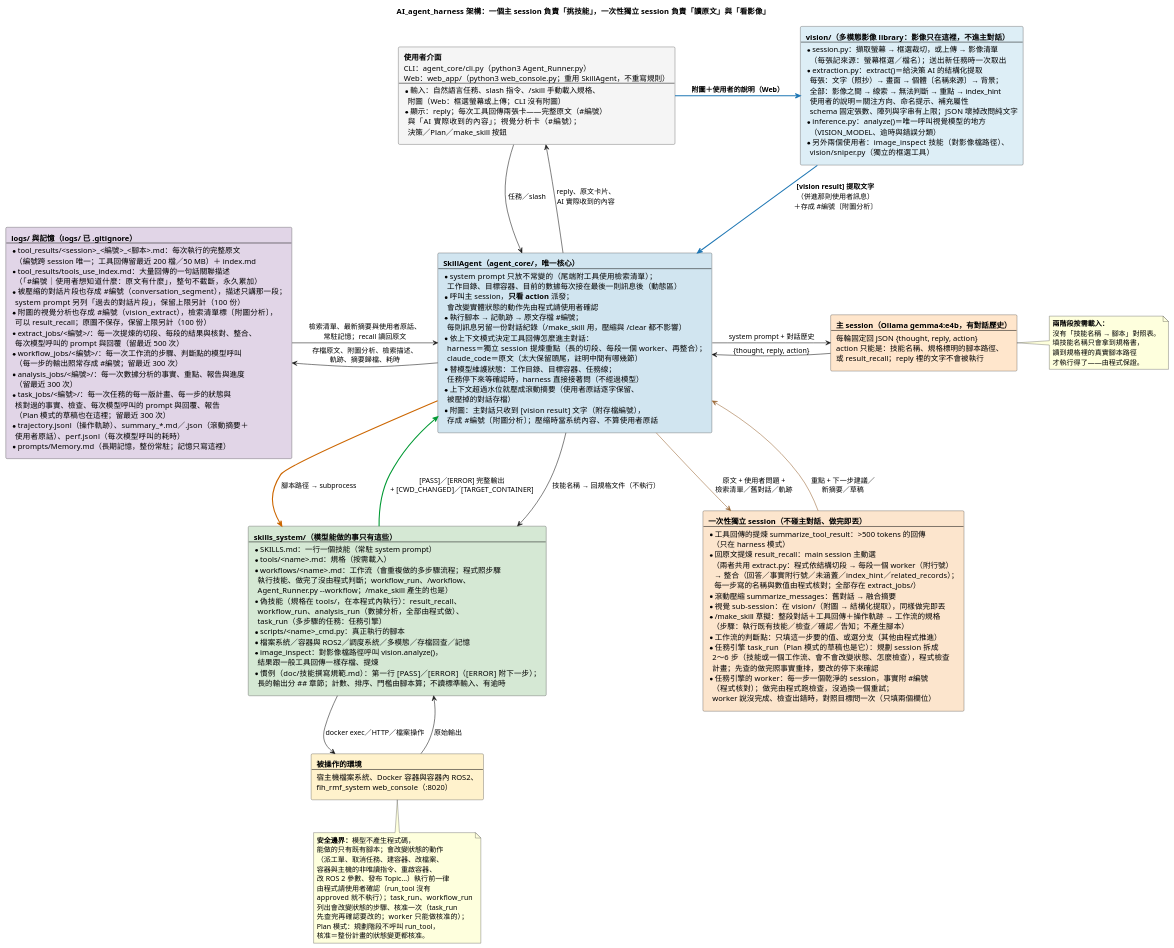
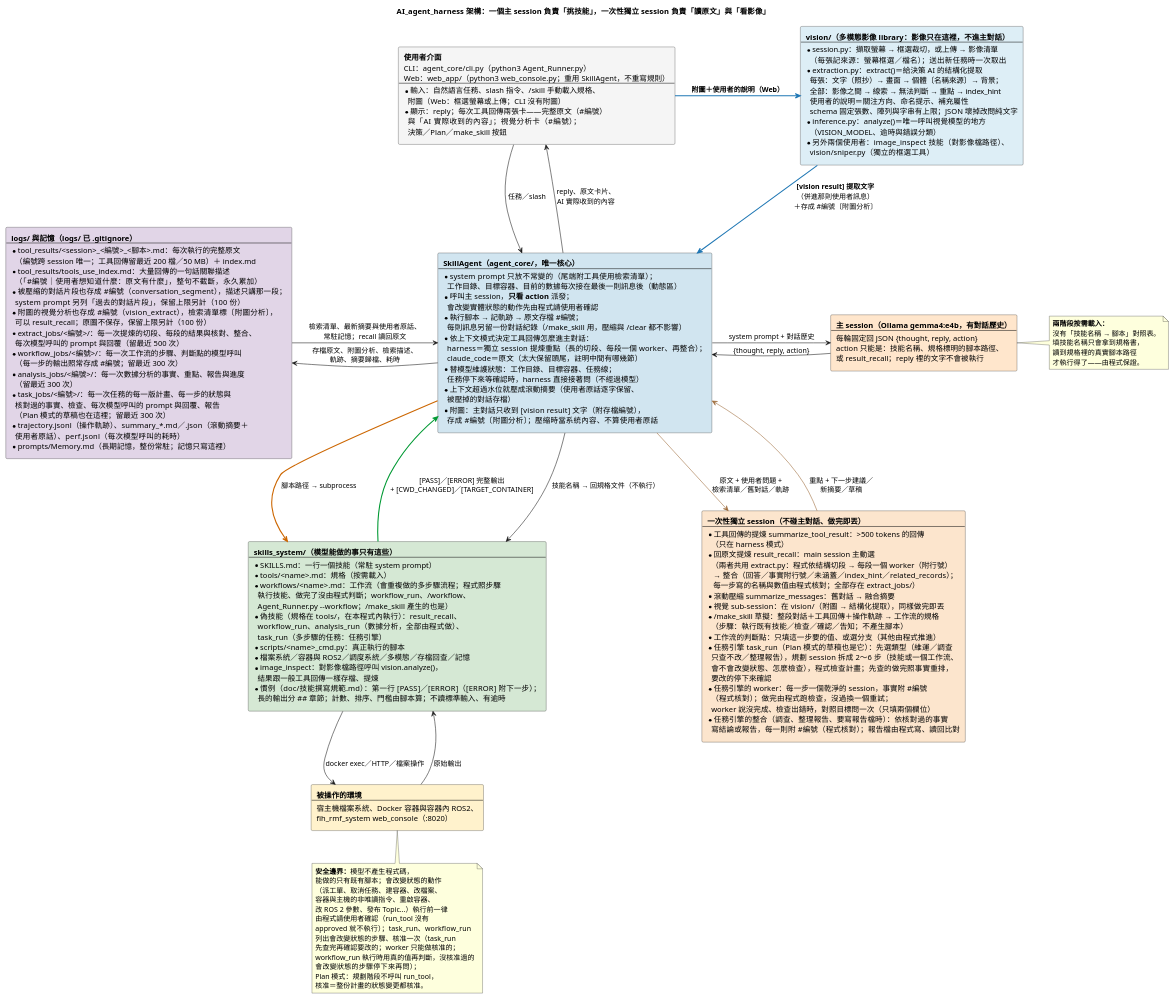
One commit to DavidZox/Coding_agnet changed the diagram in doc/diagrams/AI_agent_harness的說明.puml. Above: the diagram before and after it, drawn with PlantUML. The commit also changed 46 other files, not shown here.

```diff
--- a/doc/diagrams/AI_agent_harness的說明.puml
+++ b/doc/diagrams/AI_agent_harness的說明.puml
@@ -1,180 +1,185 @@
 @startuml
 ' --- 樣式精準控制 ---
 skinparam RectangleWidthMax 340
 skinparam ranksep 60
 skinparam nodesep 60
 skinparam shadowing false
 skinparam defaultFontName "Microsoft JhengHei"
 
 title AI_agent_harness 架構：一個主 session 負責「挑技能」，一次性獨立 session 負責「讀原文」與「看影像」
 
 rectangle NodeUser #F5F5F5 [
   **使用者介面**
   CLI：agent_core/cli.py（python3 Agent_Runner.py）
   Web：web_app/（python3 web_console.py；重用 SkillAgent，不重寫規則）
   ----
   * 輸入：自然語言任務、slash 指令、/skill 手動載入規格、
     附圖（Web：框選螢幕或上傳；CLI 沒有附圖）
   * 顯示：reply；每次工具回傳兩張卡——完整原文（#編號）
     與「AI 實際收到的內容」；視覺分析卡（#編號）；
     決策／Plan／make_skill 按鈕
 ]
 
 rectangle NodeVision #DDEEF6 [
   **vision/（多模態影像 library：影像只在這裡，不進主對話）**
   ----
   * session.py：擷取螢幕 → 框選裁切，或上傳 → 影像清單
     （每張記來源：螢幕框選／檔名）；送出新任務時一次取出
   * extraction.py：extract()＝給決策 AI 的結構化提取
     每張：文字（照抄）→ 畫面 → 個體〔名稱來源〕→ 背景；
     全部：影像之間 → 線索 → 無法判斷 → 重點 → index_hint
     使用者的說明＝關注方向、命名提示、補充屬性
     schema 固定張數、陣列與字串有上限；JSON 壞掉改問純文字
   * inference.py：analyze()＝唯一呼叫視覺模型的地方
     （VISION_MODEL、逾時與錯誤分類）
   * 另外兩個使用者：image_inspect 技能（對影像檔路徑）、
     vision/sniper.py（獨立的框選工具）
 ]
 
 rectangle NodeAgent #D1E5F0 [
   **SkillAgent（agent_core/，唯一核心）**
   ----
   * system prompt 只放不常變的（尾端附工具使用檢索清單）；
     工作目錄、目標容器、目前的數據每次接在最後一則訊息後（動態區）
   * 呼叫主 session，**只看 action** 派發；
     會改變實體狀態的動作先由程式請使用者確認
   * 執行腳本 → 記軌跡 → 原文存檔 #編號；
     每則訊息另留一份對話紀錄（/make_skill 用，壓縮與 /clear 都不影響）
   * 依上下文模式決定工具回傳怎麼進主對話：
     harness＝獨立 session 提煉重點（長的切段、每段一個 worker、再整合）；
     claude_code＝原文（太大保留頭尾，註明中間有哪幾節）
   * 替模型維護狀態：工作目錄、目標容器、任務線；
     任務停下來等確認時，harness 直接接著問（不經過模型）
   * 上下文超過水位就壓成滾動摘要（使用者原話逐字保留、
     被壓掉的對話存檔）
   * 附圖：主對話只收到 [vision result] 文字（附存檔編號），
     存成 #編號〔附圖分析〕；壓縮時當系統內容、不算使用者原話
 ]
 
 rectangle NodeLLM #FFE6CC [
   **主 session（Ollama gemma4:e4b，有對話歷史）**
   ----
   每輪固定回 JSON {thought, reply, action}
   action 只能是：技能名稱、規格標明的腳本路徑、
   或 result_recall；reply 裡的文字不會被執行
 ]
 
 rectangle NodeSub #FCE5CD [
   **一次性獨立 session（不碰主對話、做完即丟）**
   ----
   * 工具回傳的提煉 summarize_tool_result：>500 tokens 的回傳
     （只在 harness 模式）
   * 回原文提煉 result_recall：main session 主動選
     （兩者共用 extract.py：程式依結構切段 → 每段一個 worker（附行號）
      → 整合（回答／事實附行號／未涵蓋／index_hint／related_records）；
      每一步寫的名稱與數值由程式核對；全部存在 extract_jobs/）
   * 滾動壓縮 summarize_messages：舊對話 → 融合摘要
   * 視覺 sub-session：在 vision/（附圖 → 結構化提取），同樣做完即丟
   * /make_skill 草擬：整段對話＋工具回傳＋操作軌跡 → 工作流的規格
     （步驟：執行既有技能／檢查／確認／告知；不產生腳本）
   * 工作流的判斷點：只填這一步要的值、或選分支（其他由程式推進）
-  * 任務引擎 task_run（Plan 模式的草稿也是它）：規劃 session 拆成
-    2～6 步（技能或一個工作流、會不會改變狀態、怎麼檢查），程式檢查
-    計畫；先查的做完照事實重排，要改的停下來確認
+  * 任務引擎 task_run（Plan 模式的草稿也是它）：先選類型（維運／調查
+    只查不改／整理報告），規劃 session 拆成 2～6 步（技能或一個工作流、
+    會不會改變狀態、怎麼檢查），程式檢查計畫；先查的做完照事實重排，
+    要改的停下來確認
   * 任務引擎的 worker：每一步一個乾淨的 session，事實附 #編號
     （程式核對）；做完由程式跑檢查，沒過換一個重試；
     worker 說沒完成、檢查出錯時，對照目標問一次（只填兩個欄位）
+  * 任務引擎的整合（調查、整理報告、要寫報告檔時）：依核對過的事實
+    寫結論或報告，每一則附 #編號（程式核對）；報告檔由程式寫、讀回比對
 ]
 
 rectangle NodeSkills #D5E8D4 [
   **skills_system/（模型能做的事只有這些）**
   ----
   * SKILLS.md：一行一個技能（常駐 system prompt）
   * tools/<name>.md：規格（按需載入）
   * workflows/<name>.md：工作流（會重複做的多步驟流程；程式照步驟
     執行技能、做完了沒由程式判斷；workflow_run、/workflow、
     Agent_Runner.py --workflow；/make_skill 產生的也是）
   * 偽技能（規格在 tools/，在本程式內執行）：result_recall、
     workflow_run、analysis_run（數據分析，全部由程式做）、
     task_run（多步驟的任務：任務引擎）
   * scripts/<name>_cmd.py：真正執行的腳本
   * 檔案系統／容器與 ROS2／調度系統／多模態／存檔回查／記憶
   * image_inspect：對影像檔路徑呼叫 vision.analyze()，
     結果跟一般工具回傳一樣存檔、提煉
   * 慣例（doc/技能撰寫規範.md）：第一行 [PASS]／[ERROR]（[ERROR] 附下一步）；
     長的輸出分 ## 章節；計數、排序、門檻由腳本算；不讀標準輸入、有逾時
 ]
 
 rectangle NodeWorld #FFF2CC [
   **被操作的環境**
   ----
   宿主機檔案系統、Docker 容器與容器內 ROS2、
   fih_rmf_system web_console（:8020）
 ]
 
 rectangle NodeStore #E1D5E7 [
   **logs/ 與記憶（logs/ 已 .gitignore）**
   ----
   * tool_results/<session>_<編號>_<腳本>.md：每次執行的完整原文
     （編號跨 session 唯一；工具回傳留最近 200 檔／50 MB）＋ index.md
   * tool_results/tools_use_index.md：大量回傳的一句話關聯描述
     （「#編號｜使用者想知道什麼：原文有什麼」，整句不截斷，永久累加）
   * 被壓縮的對話片段也存成 #編號（conversation_segment），描述只講那一段；
     system prompt 另列「過去的對話片段」，保留上限另計（100 份）
   * 附圖的視覺分析也存成 #編號（vision_extract），檢索清單標〔附圖分析〕，
     可以 result_recall；原圖不保存，保留上限另計（100 份）
   * extract_jobs/<編號>/：每一次提煉的切段、每段的結果與核對、整合、
     每次模型呼叫的 prompt 與回覆（留最近 500 次）
   * workflow_jobs/<編號>/：每一次工作流的步驟、判斷點的模型呼叫
     （每一步的輸出照常存成 #編號；留最近 300 次）
   * analysis_jobs/<編號>/：每一次數據分析的事實、重點、報告與進度
     （留最近 300 次）
   * task_jobs/<編號>/：每一次任務的每一版計畫、每一步的狀態與
     核對過的事實、檢查、每次模型呼叫的 prompt 與回覆、報告
     （Plan 模式的草稿也在這裡；留最近 300 次）
   * trajectory.jsonl（操作軌跡）、summary_*.md／.json（滾動摘要＋
     使用者原話）、perf.jsonl（每次模型呼叫的耗時）
   * prompts/Memory.md（長期記憶，整份常駐；記憶只寫這裡）
 ]
 
 NodeUser -down-> NodeAgent : 任務／slash
 NodeAgent -up-> NodeUser : reply、原文卡片、\nAI 實際收到的內容
 NodeAgent -right-> NodeLLM : system prompt + 對話歷史
 NodeLLM -left-> NodeAgent : {thought, reply, action}
 NodeAgent -[#996633]right-> NodeSub : 原文 + 使用者問題 +\n檢索清單／舊對話／軌跡
 NodeSub -[#996633]left-> NodeAgent : 重點 + 下一步建議／\n新摘要／草稿
 NodeUser -[#1F77B4,bold]right-> NodeVision : **附圖＋使用者的說明（Web）**
 NodeVision -[#1F77B4,bold]down-> NodeAgent : **[vision result] 提取文字**\n（併進那則使用者訊息）\n＋存成 #編號〔附圖分析〕
 NodeAgent -down-> NodeSkills : 技能名稱 → 回規格文件（不執行）
 NodeAgent -[#CC6600,bold]down-> NodeSkills : 腳本路徑 → subprocess
 NodeSkills -down-> NodeWorld : docker exec／HTTP／檔案操作
 NodeWorld -up-> NodeSkills : 原始輸出
 NodeSkills -[#009933,bold]up-> NodeAgent : [PASS]／[ERROR] 完整輸出\n+ [CWD_CHANGED]／[TARGET_CONTAINER]
 NodeAgent -left-> NodeStore : 存檔原文、附圖分析、檢索描述、\n軌跡、摘要歸檔、耗時
 NodeStore -right-> NodeAgent : 檢索清單、最新摘要與使用者原話、\n常駐記憶；recall 讀回原文
 NodeLLM -[hidden]down-> NodeSub
 NodeVision -[hidden]down-> NodeLLM
 
 note right of NodeLLM
   **兩階段按需載入：**
   沒有「技能名稱 → 腳本」對照表。
   填技能名稱只會拿到規格書，
   讀到規格裡的真實腳本路徑
   才執行得了——由程式保證。
 end note
 
 note bottom of NodeWorld
   **安全邊界：**模型不產生程式碼，
   能做的只有既有腳本；會改變狀態的動作
   （派工單、取消任務、建容器、改檔案、
   容器與主機的非唯讀指令、重啟容器、
   改 ROS 2 參數、發布 Topic…）執行前一律
   由程式請使用者確認（run_tool 沒有
   approved 就不執行）；task_run、workflow_run
   列出會改變狀態的步驟、核准一次（task_run
-  先查完再確認要改的；worker 只能做核准的）；
+  先查完再確認要改的；worker 只能做核准的；
+  workflow_run 執行時用真的值再判斷，沒核准過的
+  會改變狀態的步驟停下來再問）；
   Plan 模式：規劃階段不呼叫 run_tool，
   核准＝整份計畫的狀態變更都核准。
 end note
 
 @enduml
```
